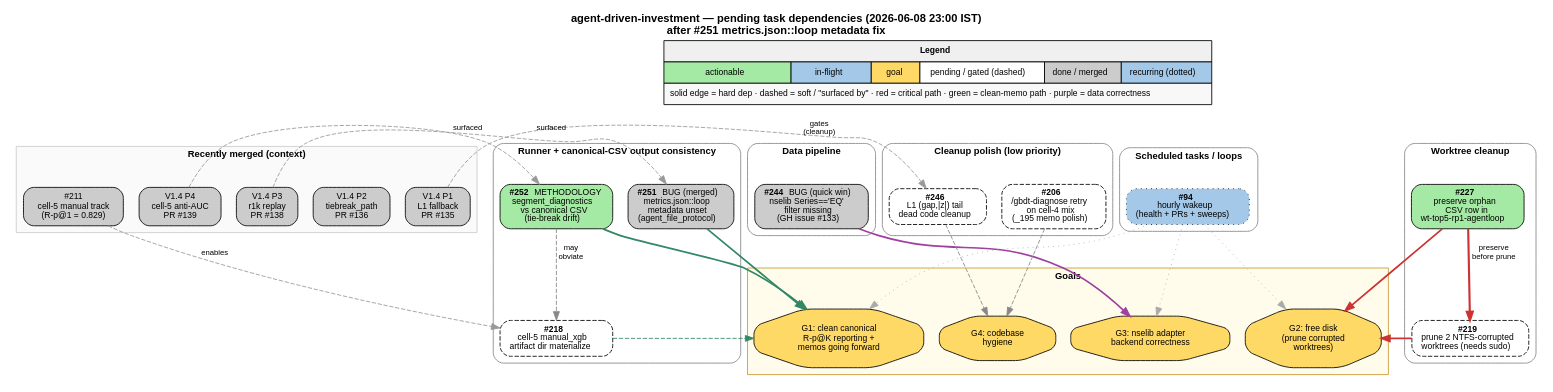
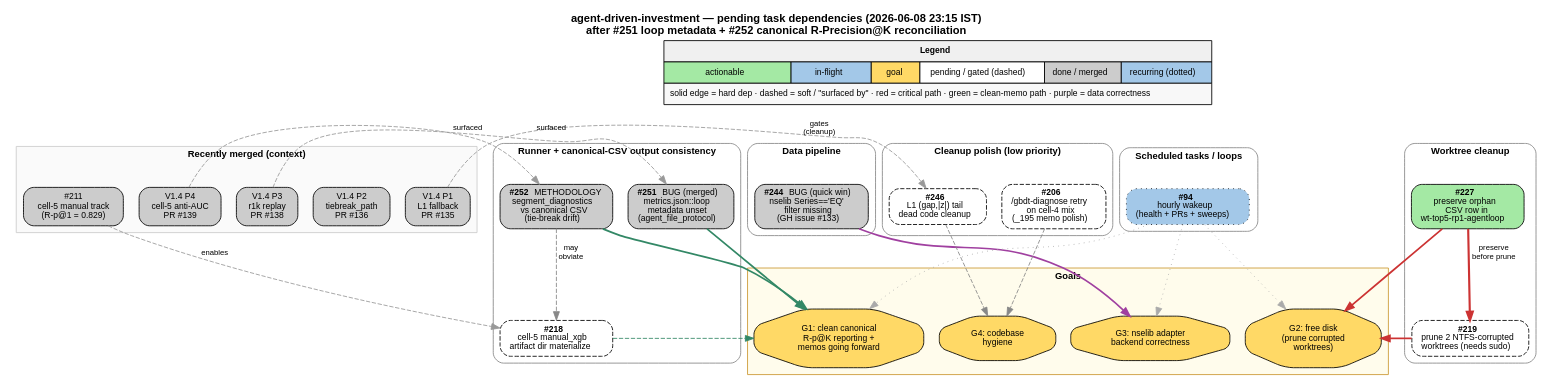
Before and after one commit to shayanrc/agent-driven-investment: the diagram in docs/task_dependencies.dot, drawn with Graphviz. The commit also changed 6 other files, not shown here.

```diff
--- a/docs/task_dependencies.dot
+++ b/docs/task_dependencies.dot
@@ -1,153 +1,153 @@
 digraph tasks {
   rankdir=TB;
   fontname="Helvetica";
   bgcolor="white";
   node [fontname="Helvetica", fontsize=10, shape=box, style="rounded,filled", margin="0.15,0.08"];
   edge [fontname="Helvetica", fontsize=9];
-  graph [labelloc="t", label="agent-driven-investment — pending task dependencies (2026-06-08 23:00 IST)\nafter #251 metrics.json::loop metadata fix", fontsize=13, fontname="Helvetica-Bold"];
+  graph [labelloc="t", label="agent-driven-investment — pending task dependencies (2026-06-08 23:15 IST)\nafter #251 loop metadata + #252 canonical R-Precision@K reconciliation", fontsize=13, fontname="Helvetica-Bold"];
 
   // Legend in isolated top rank
   {
     rank=source;
     legend [shape=none, margin=0, label=<
       <TABLE BORDER="0" CELLBORDER="1" CELLSPACING="0" CELLPADDING="6">
         <TR><TD COLSPAN="6" BGCOLOR="#f0f0f0"><B>Legend</B></TD></TR>
         <TR>
           <TD BGCOLOR="#a4e9a4">actionable</TD>
           <TD BGCOLOR="#a3c8e8">in-flight</TD>
           <TD BGCOLOR="#ffd966">goal</TD>
           <TD BGCOLOR="#ffffff">pending / gated (dashed)</TD>
           <TD BGCOLOR="#cccccc">done / merged</TD>
           <TD BGCOLOR="#a3c8e8">recurring (dotted)</TD>
         </TR>
         <TR><TD COLSPAN="6" BGCOLOR="#f8f8f8">solid edge = hard dep · dashed = soft / "surfaced by" · red = critical path · green = clean-memo path · purple = data correctness</TD></TR>
       </TABLE>
     >];
   }
 
   // Done cluster
   subgraph cluster_done {
     label = "Recently merged (context)";
     style = "filled";
     fillcolor = "#fafafa";
     color = "#cccccc";
     fontname = "Helvetica-Bold";
     fontsize = 11;
 
     v14p1 [label="V1.4 P1\nL1 fallback\nPR #135", fillcolor="#cccccc"];
     v14p2 [label="V1.4 P2\ntiebreak_path\nPR #136", fillcolor="#cccccc"];
     v14p3 [label="V1.4 P3\nr1k replay\nPR #138", fillcolor="#cccccc"];
     v14p4 [label="V1.4 P4\ncell-5 anti-AUC\nPR #139", fillcolor="#cccccc"];
     cell5_manual [label="#211\ncell-5 manual track\n(R-p@1 = 0.829)", fillcolor="#cccccc"];
   }
 
   // Runner / methodology cluster
   subgraph cluster_runner {
     label = "Runner + canonical-CSV output consistency";
     style = "rounded";
     color = "#888888";
     fontname = "Helvetica-Bold";
     fontsize = 11;
 
     t251 [label=<<B>#251</B> BUG (merged)<BR/>metrics.json::loop<BR/>metadata unset<BR/>(agent_file_protocol)>, fillcolor="#cccccc"];
-    t252 [label=<<B>#252</B> METHODOLOGY<BR/>segment_diagnostics<BR/>vs canonical CSV<BR/>(tie-break drift)>, fillcolor="#a4e9a4"];
+    t252 [label=<<B>#252</B> METHODOLOGY<BR/>segment_diagnostics<BR/>vs canonical CSV<BR/>(tie-break drift)>, fillcolor="#cccccc"];
     t218 [label=<<B>#218</B><BR/>cell-5 manual_xgb<BR/>artifact dir materialize>, fillcolor="#ffffff", style="rounded,filled,dashed"];
   }
 
   // Data pipeline
   subgraph cluster_data {
     label = "Data pipeline";
     style = "rounded";
     color = "#888888";
     fontname = "Helvetica-Bold";
     fontsize = 11;
 
     t244 [label=<<B>#244</B> BUG (quick win)<BR/>nselib Series=='EQ'<BR/>filter missing<BR/>(GH issue #133)>, fillcolor="#cccccc"];
   }
 
   // Worktree cleanup cluster
   subgraph cluster_worktree {
     label = "Worktree cleanup";
     style = "rounded";
     color = "#888888";
     fontname = "Helvetica-Bold";
     fontsize = 11;
 
     t227 [label=<<B>#227</B><BR/>preserve orphan<BR/>CSV row in<BR/>wt-top5-rp1-agentloop>, fillcolor="#a4e9a4"];
     t219 [label=<<B>#219</B><BR/>prune 2 NTFS-corrupted<BR/>worktrees (needs sudo)>, fillcolor="#ffffff", style="rounded,filled,dashed"];
   }
 
   // Cleanup polish
   subgraph cluster_cleanup {
     label = "Cleanup polish (low priority)";
     style = "rounded";
     color = "#888888";
     fontname = "Helvetica-Bold";
     fontsize = 11;
 
     t246 [label=<<B>#246</B><BR/>L1 (gap,|z|) tail<BR/>dead code cleanup>, fillcolor="#ffffff", style="rounded,filled,dashed"];
     t206 [label=<<B>#206</B><BR/>/gbdt-diagnose retry<BR/>on cell-4 mix<BR/>(_195 memo polish)>, fillcolor="#ffffff", style="rounded,filled,dashed"];
   }
 
   // Scheduled / recurring
   subgraph cluster_recurring {
     label = "Scheduled tasks / loops";
     style = "rounded";
     color = "#888888";
     fontname = "Helvetica-Bold";
     fontsize = 11;
 
     t94 [label=<<B>#94</B><BR/>hourly wakeup<BR/>(health + PRs + sweeps)>, fillcolor="#a3c8e8", style="rounded,filled,dotted"];
   }
 
   // Goals
   subgraph cluster_goals {
     label = "Goals";
     style = "filled";
     fillcolor = "#fffcec";
     color = "#cc9933";
     fontname = "Helvetica-Bold";
     fontsize = 11;
 
     g1 [label="G1: clean canonical\nR-p@K reporting +\nmemos going forward", fillcolor="#ffd966", shape=octagon];
     g2 [label="G2: free disk\n(prune corrupted\nworktrees)", fillcolor="#ffd966", shape=octagon];
     g3 [label="G3: nselib adapter\nbackend correctness", fillcolor="#ffd966", shape=octagon];
     g4 [label="G4: codebase\nhygiene", fillcolor="#ffd966", shape=octagon];
   }
 
   // Invisible anchor edges (legend → cluster tops)
   legend -> v14p1 [style="invis", weight=100];
   legend -> t251 [style="invis", weight=100];
   legend -> t244 [style="invis", weight=100];
   legend -> t227 [style="invis", weight=100];
   legend -> t246 [style="invis", weight=100];
   legend -> t94 [style="invis", weight=100];
   legend -> g1 [style="invis", weight=100];
 
   // Done → pending: "surfaced by" / "gates" edges
   v14p3 -> t251 [style="dashed", color="#999999", label="surfaced"];
   v14p4 -> t252 [style="dashed", color="#999999", label="surfaced"];
   v14p1 -> t246 [style="dashed", color="#999999", label="gates\n(cleanup)"];
   cell5_manual -> t218 [style="dashed", color="#999999", label="enables"];
 
   // Hard deps within pending
   t227 -> t219 [color="#cc3333", penwidth=2.5, label="preserve\nbefore prune"];
 
   // Soft deps: #252 may obviate #218
   t252 -> t218 [style="dashed", color="#888888", label="may\nobviate"];
 
   // Pending → goals (colored per workstream)
   t251 -> g1 [color="#338866", penwidth=2];
   t252 -> g1 [color="#338866", penwidth=2];
   t218 -> g1 [style="dashed", color="#338866"];
   t227 -> g2 [color="#cc3333", penwidth=2];
   t219 -> g2 [color="#cc3333", penwidth=2];
   t244 -> g3 [color="#a040a0", penwidth=2];
   t246 -> g4 [style="dashed", color="#888888"];
   t206 -> g4 [style="dashed", color="#888888"];
 
   // Recurring task supervises (dotted)
   t94 -> g1 [style="dotted", color="#aaaaaa"];
   t94 -> g2 [style="dotted", color="#aaaaaa"];
   t94 -> g3 [style="dotted", color="#aaaaaa"];
 }
```
